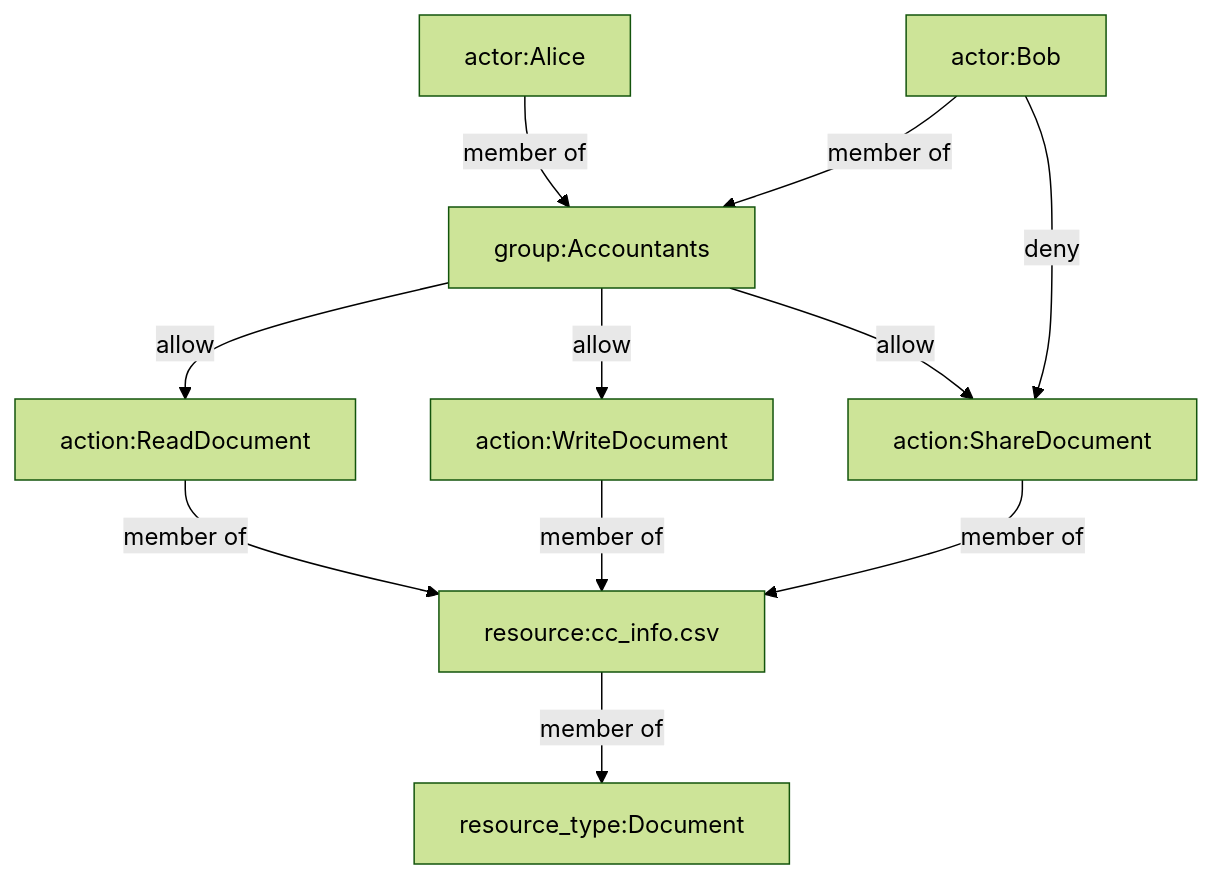
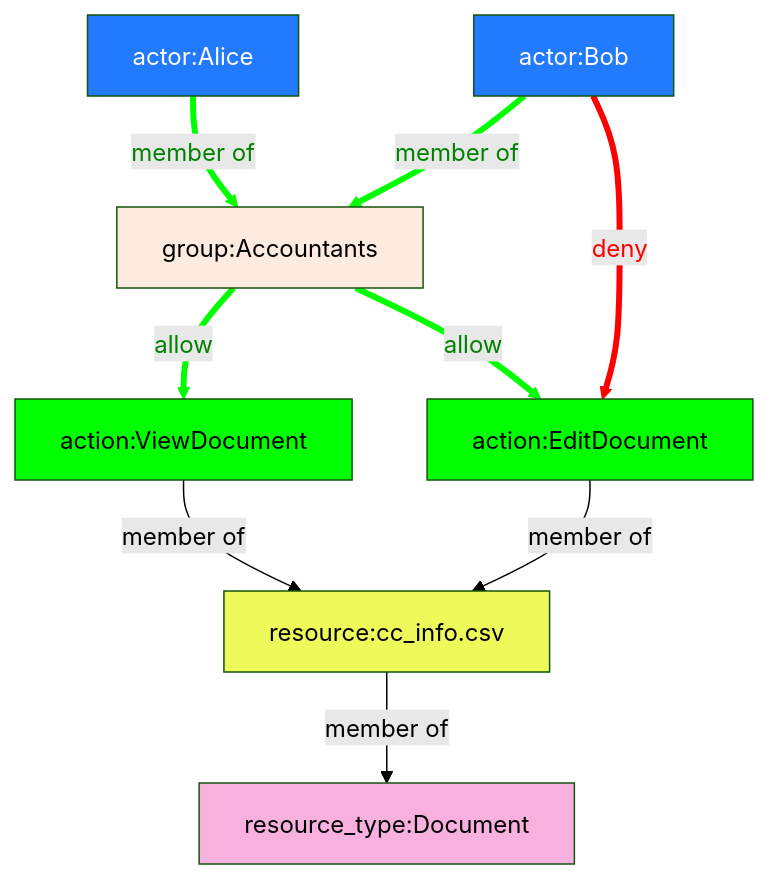
Before and after one commit to graydenshand/permission-graph: the fourth of 5 diagrams in docs/index.md, drawn with Mermaid (forest theme). The commit also changed other lines of this file and 9 other files, not shown here.

Commit message:
Graph utils and mermaid diagram styles

````diff
--- a/docs/index.md
+++ b/docs/index.md
@@ -316,26 +277,37 @@
     ```mermaid
     flowchart
         alice[actor:Alice]
         bob[actor:Bob]
         accountants[group:Accountants]
         document[resource:cc_info.csv]
-        read[action:ReadDocument]
-        write[action:WriteDocument]
-        share[action:ShareDocument]
+        view[action:ViewDocument]
+        edit[action:EditDocument]
         document_type[resource_type:Document]
         
         document-->|member of|document_type
 
-        read-->|member of|document
-        write-->|member of|document
-        share-->|member of|document
+        view-->|member of|document
+        edit-->|member of|document
 
         alice-->|member of|accountants
         bob-->|member of|accountants
 
-        accountants-->|allow|read
-        accountants-->|allow|write
-        accountants-->|allow|share
+        accountants-->|allow|view
+        accountants-->|allow|edit
 
-        bob-->|deny|share
+        bob-->|deny|edit
+
+
+        style alice fill:#227aff,color:#FFF
+        style bob fill:#227aff,color:#FFF
+        style view fill:#0F0
+        style edit fill:#0F0
+        style document fill:#eef95a
+        style document_type fill:#f8b1de
+        style accountants fill:#fdebdf
+        linkStyle 3 stroke:#0f0,stroke-width:4px,color:green;
+        linkStyle 4 stroke:#0f0,stroke-width:4px,color:green;
+        linkStyle 5 stroke:#0f0,stroke-width:4px,color:green;
+        linkStyle 6 stroke:#0f0,stroke-width:4px,color:green;
+        linkStyle 7 stroke:#f00,stroke-width:4px,color:red;
     ```
````
